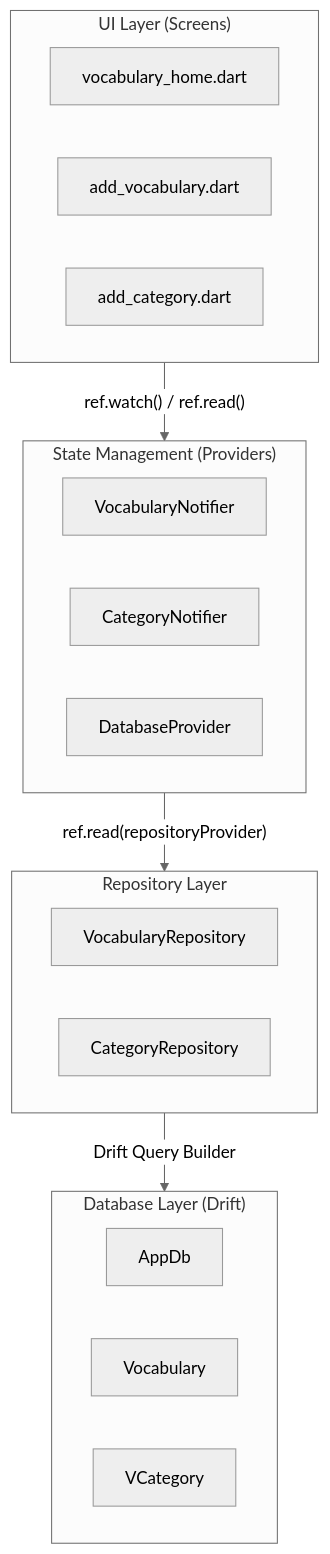
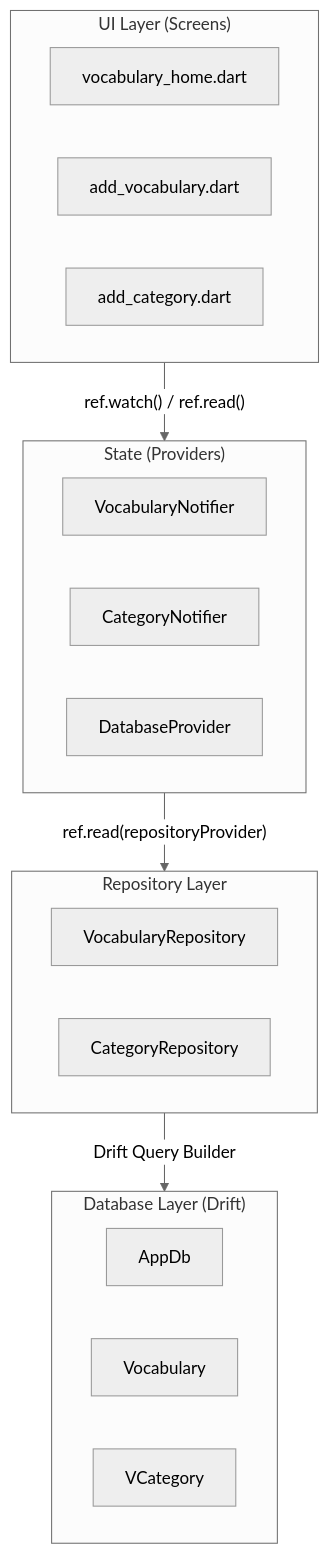
One commit to fumiyasac/vocabulary_learning changed the first of 3 diagrams in README.md. Above: the diagram before and after it, drawn with Mermaid (neutral theme). The commit also changed other lines of this file, not shown here.

````diff
--- a/README.md
+++ b/README.md
@@ -109,33 +75,33 @@
 ```mermaid
 flowchart TB
     subgraph UI["UI Layer (Screens)"]
         direction LR
         S1[vocabulary_home.dart]
         S2[add_vocabulary.dart]
         S3[add_category.dart]
     end
 
-    subgraph State["State Management (Providers)"]
+    subgraph State["State (Providers)"]
         direction LR
         P1[VocabularyNotifier]
         P2[CategoryNotifier]
         P3[DatabaseProvider]
     end
 
     subgraph Repo["Repository Layer"]
         direction LR
         R1[VocabularyRepository]
         R2[CategoryRepository]
     end
 
     subgraph DB["Database Layer (Drift)"]
         direction LR
         D1[AppDb]
         D2[Vocabulary]
         D3[VCategory]
     end
 
     UI -->|"ref.watch() / ref.read()"| State
     State -->|"ref.read(repositoryProvider)"| Repo
     Repo -->|"Drift Query Builder"| DB
 ```
````
